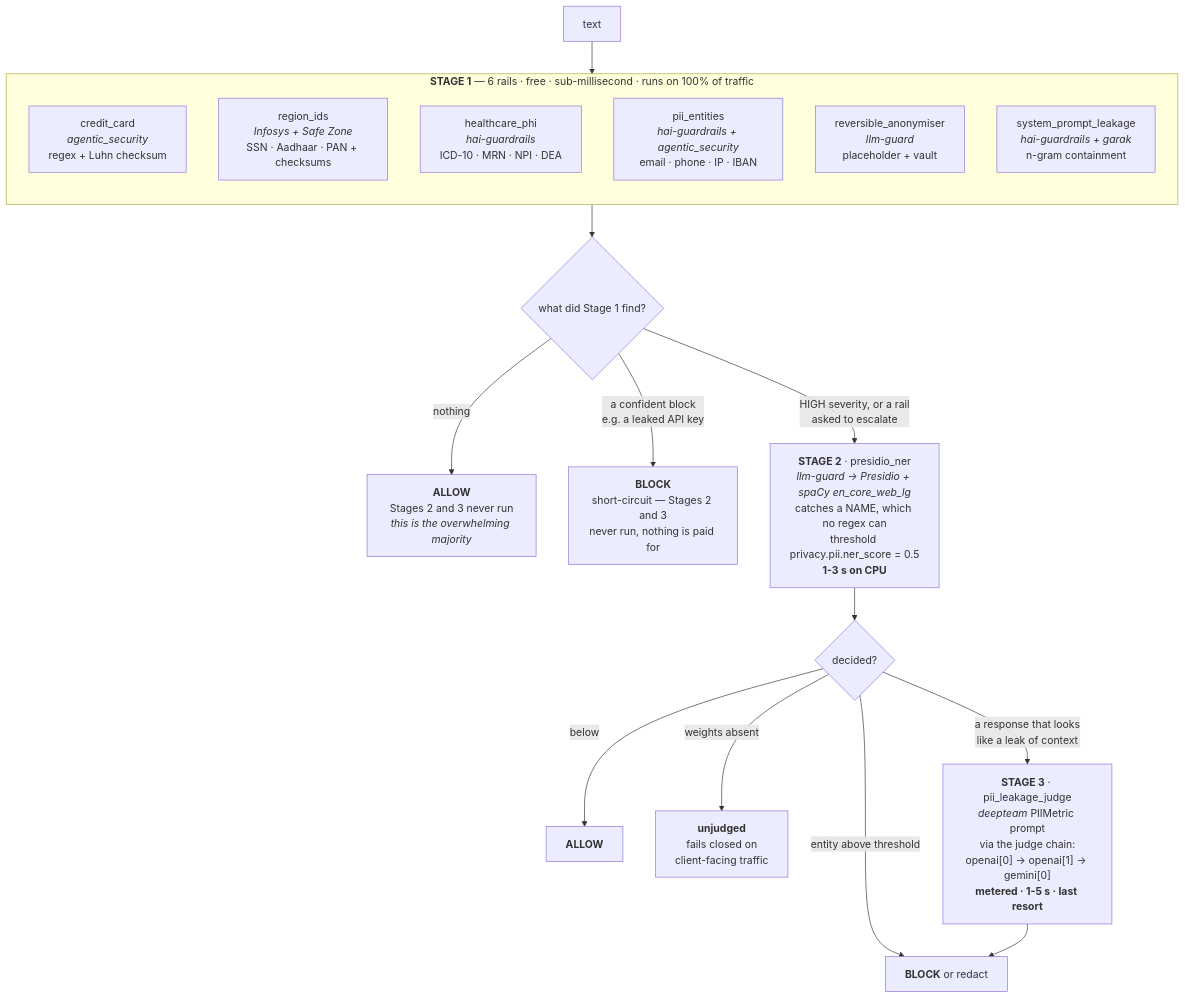
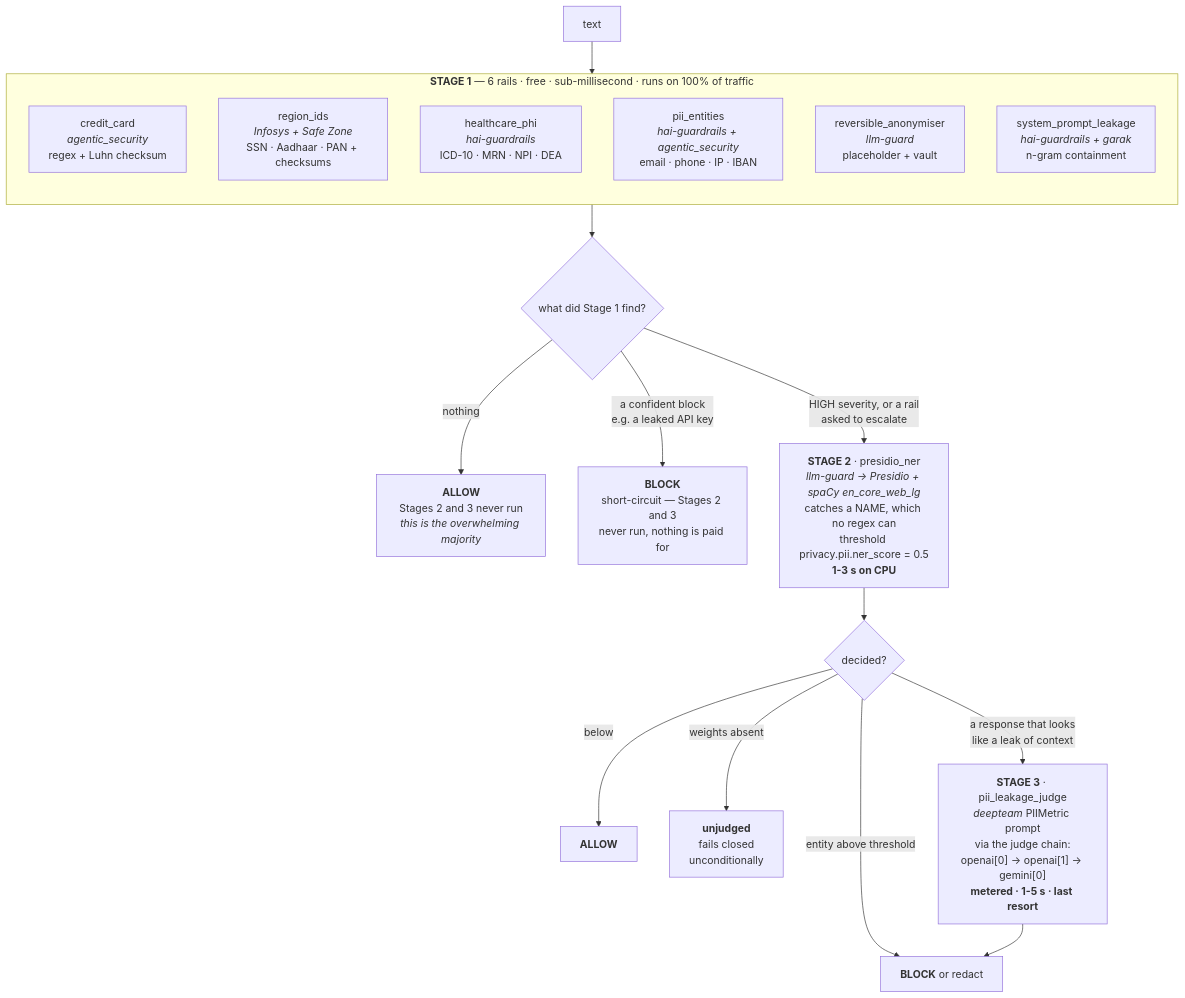
Before and after one commit to saimuthiki/RAI_AFNI: the fourth of 4 diagrams in docs/architecture.md, drawn with Mermaid. The commit also changed other lines of this file and 13 other files, not shown here.

````diff
--- a/docs/architecture.md
+++ b/docs/architecture.md
@@ -247,31 +247,31 @@
 ```mermaid
 flowchart TB
     IN["text"] --> S1
 
     subgraph S1["<b>STAGE 1</b> — 6 rails · free · sub-millisecond · runs on 100% of traffic"]
       direction TB
       A["credit_card<br/><i>agentic_security</i><br/>regex + Luhn checksum"]
       B["region_ids<br/><i>Infosys + Safe Zone</i><br/>SSN · Aadhaar · PAN + checksums"]
       C["healthcare_phi<br/><i>hai-guardrails</i><br/>ICD-10 · MRN · NPI · DEA"]
       D["pii_entities<br/><i>hai-guardrails + agentic_security</i><br/>email · phone · IP · IBAN"]
       E["reversible_anonymiser<br/><i>llm-guard</i><br/>placeholder + vault"]
       F["system_prompt_leakage<br/><i>hai-guardrails + garak</i><br/>n-gram containment"]
     end
 
     S1 --> D1{"what did Stage 1 find?"}
 
     D1 -->|"nothing"| STOP1["<b>ALLOW</b><br/>Stages 2 and 3 never run<br/><i>this is the overwhelming majority</i>"]
     D1 -->|"a confident block<br/>e.g. a leaked API key"| STOP2["<b>BLOCK</b><br/>short-circuit — Stages 2 and 3<br/>never run, nothing is paid for"]
     D1 -->|"HIGH severity, or a rail<br/>asked to escalate"| S2
 
     S2["<b>STAGE 2</b> · presidio_ner<br/><i>llm-guard → Presidio + spaCy en_core_web_lg</i><br/>catches a NAME, which no regex can<br/>threshold privacy.pii.ner_score = 0.5<br/><b>1-3 s on CPU</b>"]
 
     S2 --> D2{"decided?"}
     D2 -->|"entity above threshold"| BLOCK2["<b>BLOCK</b> or redact"]
     D2 -->|"below"| ALLOW2["<b>ALLOW</b>"]
-    D2 -->|"weights absent"| UNJ["<b>unjudged</b><br/>fails closed on<br/>client-facing traffic"]
+    D2 -->|"weights absent"| UNJ["<b>unjudged</b><br/>fails closed<br/>unconditionally"]
     D2 -->|"a response that looks<br/>like a leak of context"| S3
 
     S3["<b>STAGE 3</b> · pii_leakage_judge<br/><i>deepteam</i> PIIMetric prompt<br/>via the judge chain:<br/>openai[0] → openai[1] → gemini[0]<br/><b>metered · 1-5 s · last resort</b>"]
     S3 --> BLOCK2
 ```
````
